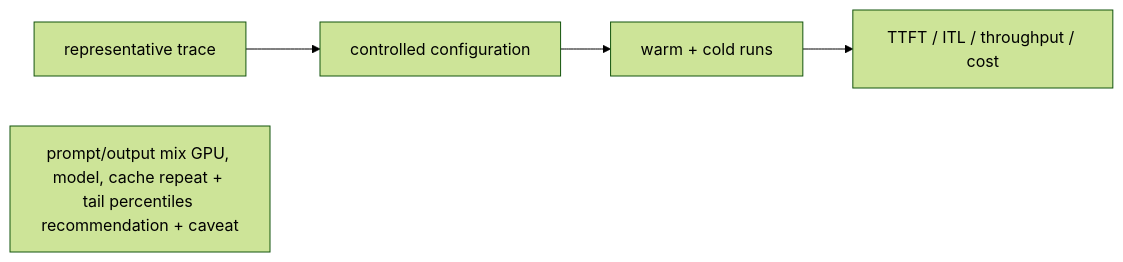
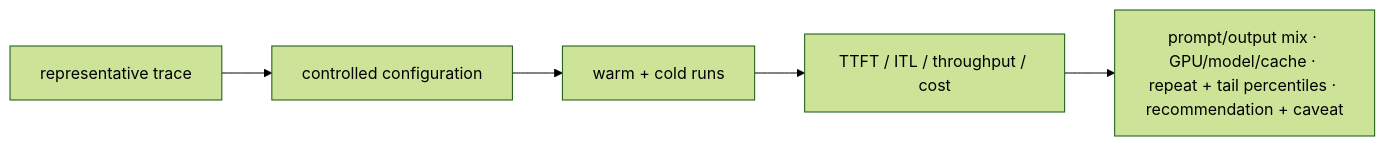
The diagram in docs/volume-05/17-senior-deep-dive-8-production-benchmark-design.md (jithinpnjm/nvidia-devops), drawn with Mermaid (forest theme) before and after one commit. The commit also changed 99 other files, not shown here.

````diff
--- a/docs/volume-05/17-senior-deep-dive-8-production-benchmark-design.md
+++ b/docs/volume-05/17-senior-deep-dive-8-production-benchmark-design.md
@@ -41,12 +41,6 @@
 ```mermaid
 flowchart LR
-  %% Converted from the original ASCII diagram; source wording is preserved.
-  n0["representative trace"]
-  n1["controlled configuration"]
-  n2["warm + cold runs"]
-  n3["TTFT / ITL / throughput / cost"]
-  n4["prompt/output mix GPU, model, cache repeat + tail percentiles recommendation + caveat"]
-  n0 --> n1
-  n1 --> n2
-  n2 --> n3
+  Trace["representative trace"] --> Config["controlled configuration"] --> Runs["warm + cold runs"]
+  Runs --> Metrics["TTFT / ITL / throughput / cost"]
+  Metrics --> Result["prompt/output mix · GPU/model/cache · repeat + tail percentiles · recommendation + caveat"]
 ```
````
